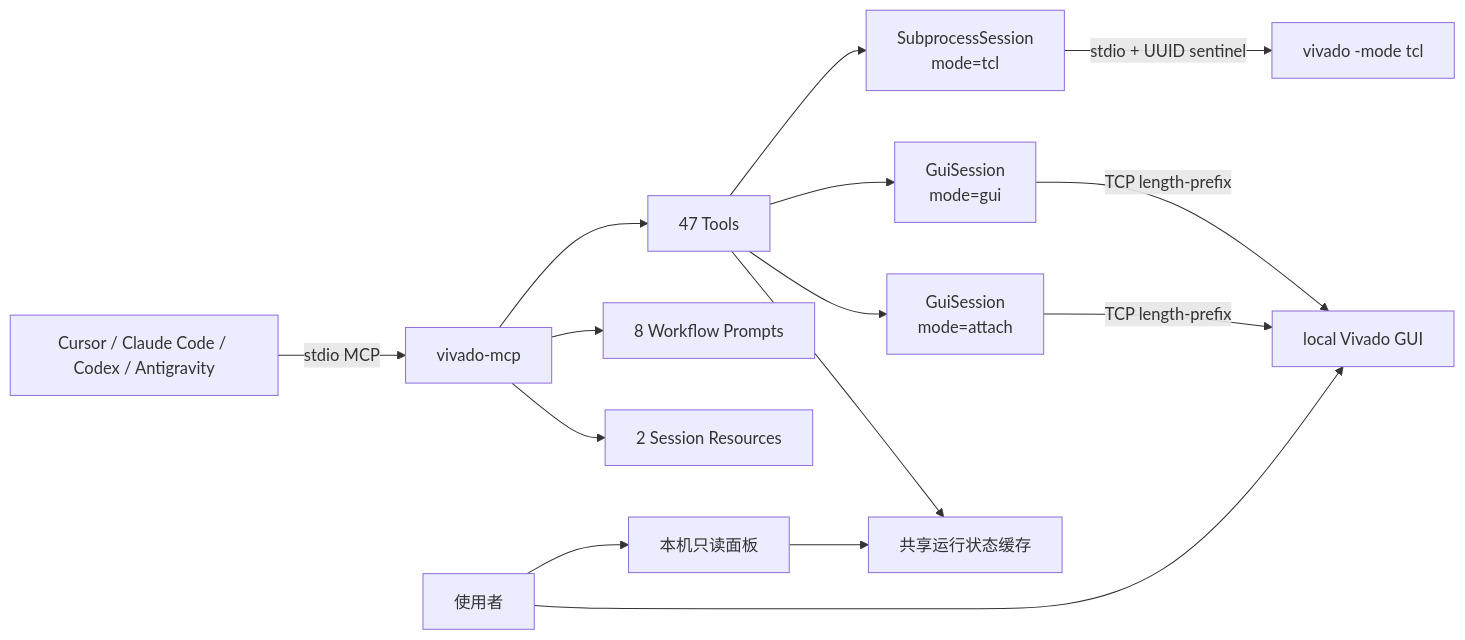
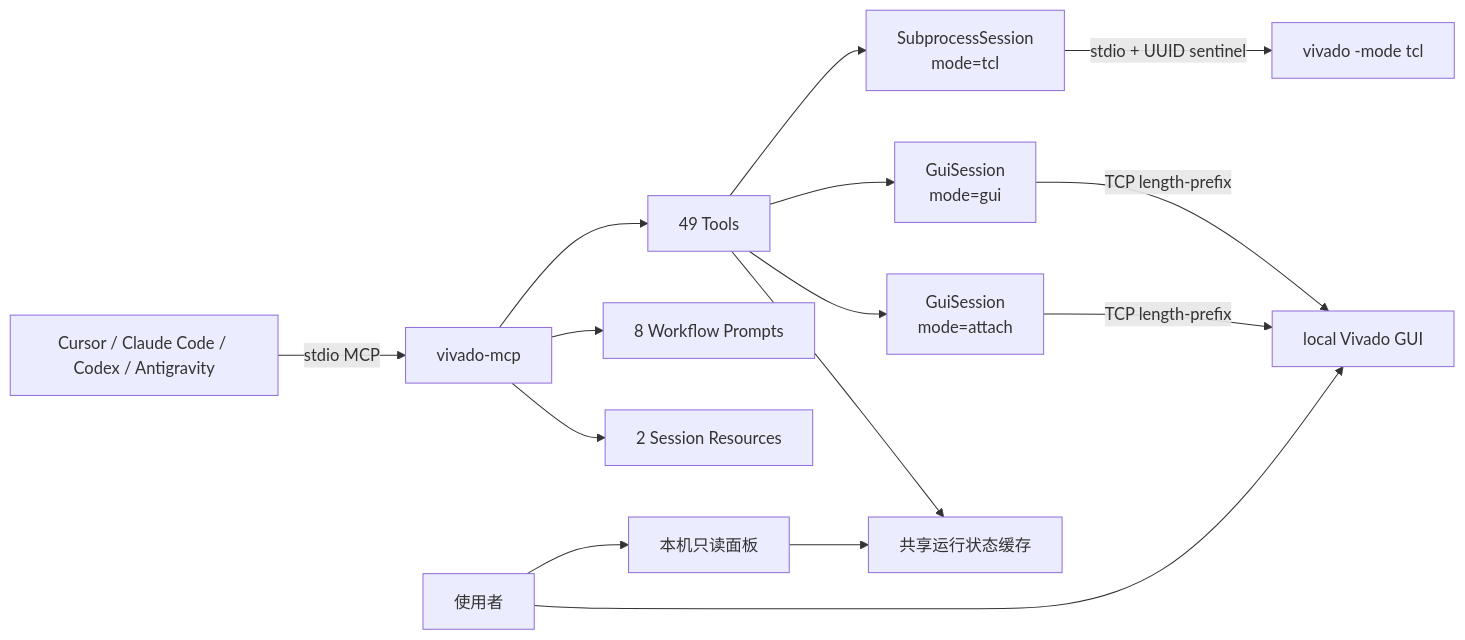
One commit to otter-fpga-lab/otter-vivado changed the diagram in README.md. Above: the diagram before and after it, drawn with Mermaid. The commit also changed other lines of this file and 19 other files, not shown here.

````diff
--- a/README.md
+++ b/README.md
@@ -563,17 +565,17 @@
 ```mermaid
 flowchart LR
     Agent["Cursor / Claude Code / Codex / Antigravity"] -->|"stdio MCP"| MCP["vivado-mcp"]
-    MCP --> Tools["47 Tools"]
+    MCP --> Tools["49 Tools"]
     MCP --> Prompts["8 Workflow Prompts"]
     MCP --> Resources["2 Session Resources"]
     Tools --> Tcl["SubprocessSession\nmode=tcl"]
     Tools --> Gui["GuiSession\nmode=gui"]
     Tools --> Attach["GuiSession\nmode=attach"]
     Tcl -->|"stdio + UUID sentinel"| VivadoTcl["vivado -mode tcl"]
     Gui -->|"TCP length-prefix"| VivadoGui["local Vivado GUI"]
     Attach -->|"TCP length-prefix"| VivadoGui
     Tools --> Monitor["共享运行状态缓存"]
     Human["使用者"] --> VivadoGui
     Human --> View["本机只读面板"]
     View --> Monitor
 ```
````
